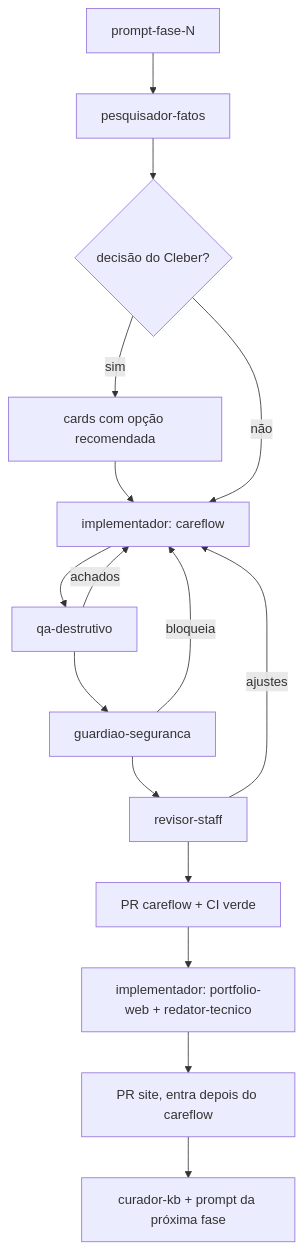
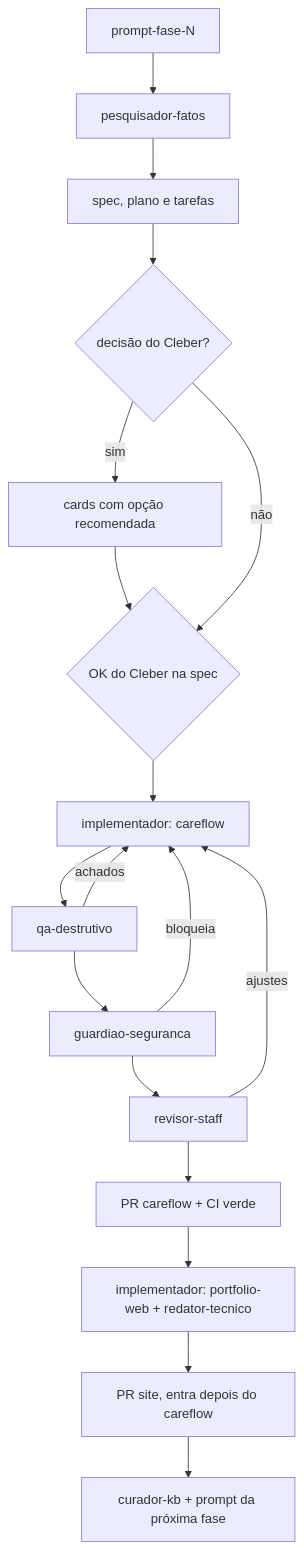
Before and after one commit to cleberSan/claude-works: the diagram in agents/fluxo-fase.md, drawn with Mermaid. The commit also changed other lines of this file and 27 other files, not shown here.

````diff
--- a/agents/fluxo-fase.md
+++ b/agents/fluxo-fase.md
@@ -10,17 +10,19 @@
 ```mermaid
 flowchart TD
   P[prompt-fase-N] --> F[pesquisador-fatos]
-  F --> D{decisão do Cleber?}
-  D -- sim --> C[cards com opção recomendada] --> I
-  D -- não --> I[implementador: careflow]
+  F --> SP[spec, plano e tarefas]
+  SP --> D{decisão do Cleber?}
+  D -- sim --> C[cards com opção recomendada] --> OK
+  D -- não --> OK{OK do Cleber na spec}
+  OK --> I[implementador: careflow]
   I --> Q[qa-destrutivo]
   Q -->|achados| I
   Q --> G[guardiao-seguranca]
   G -->|bloqueia| I
   G --> R[revisor-staff]
   R -->|ajustes| I
   R --> PR1[PR careflow + CI verde]
   PR1 --> S[implementador: portfolio-web + redator-tecnico]
   S --> PR2[PR site, entra depois do careflow]
   PR2 --> K[curador-kb + prompt da próxima fase]
 ```
````
